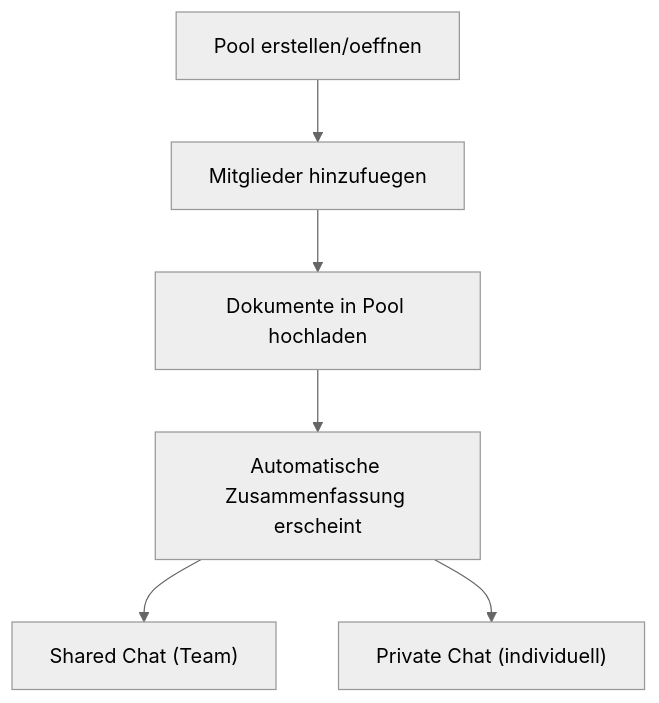
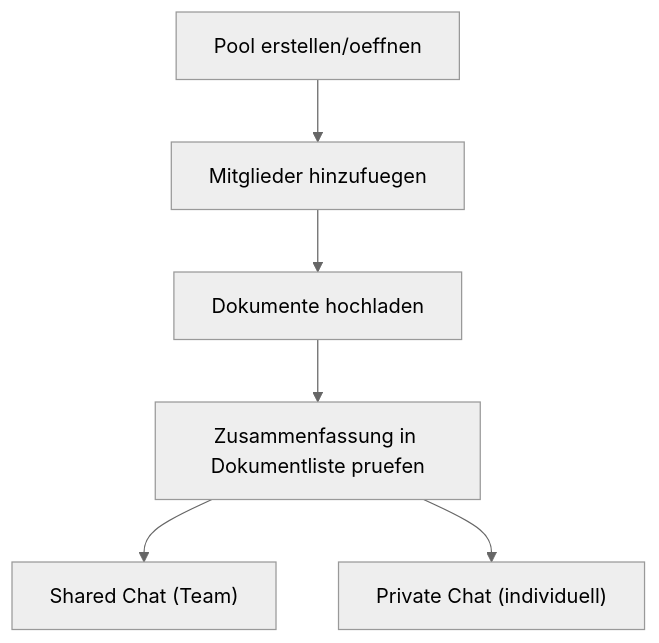
Before and after one commit to christian-rost/xqt5-ai-plattform: the second of 2 diagrams in docs/ANWENDER-QUICKSTART.md, drawn with Mermaid (neutral theme). The commit also changed other lines of this file and 2 other files, not shown here.

````diff
--- a/docs/ANWENDER-QUICKSTART.md
+++ b/docs/ANWENDER-QUICKSTART.md
@@ -84,8 +84,8 @@
 ```mermaid
 flowchart TD
     A["Pool erstellen/oeffnen"] --> B["Mitglieder hinzufuegen"]
-    B --> C["Dokumente in Pool hochladen"]
-    C --> D["Automatische Zusammenfassung erscheint"]
+    B --> C["Dokumente hochladen"]
+    C --> D["Zusammenfassung in Dokumentliste pruefen"]
     D --> E["Shared Chat (Team)"]
     D --> F["Private Chat (individuell)"]
 ```
````
